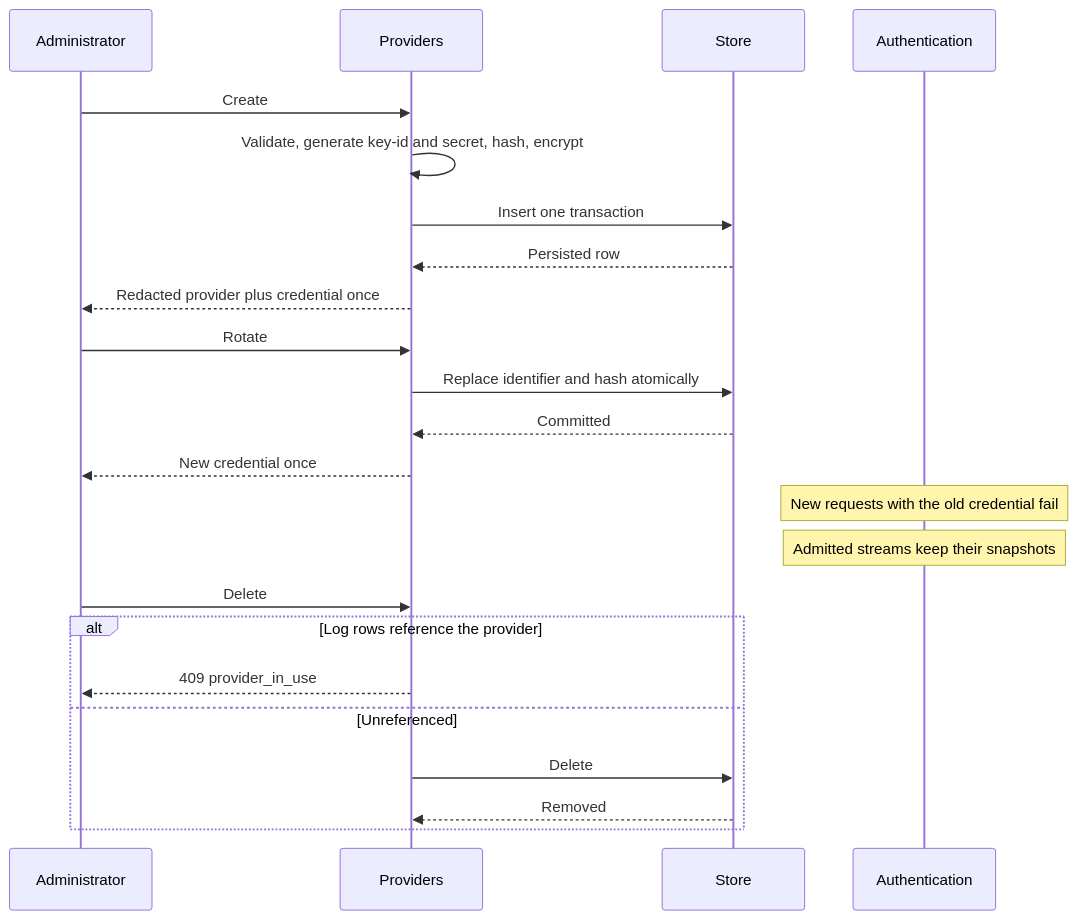
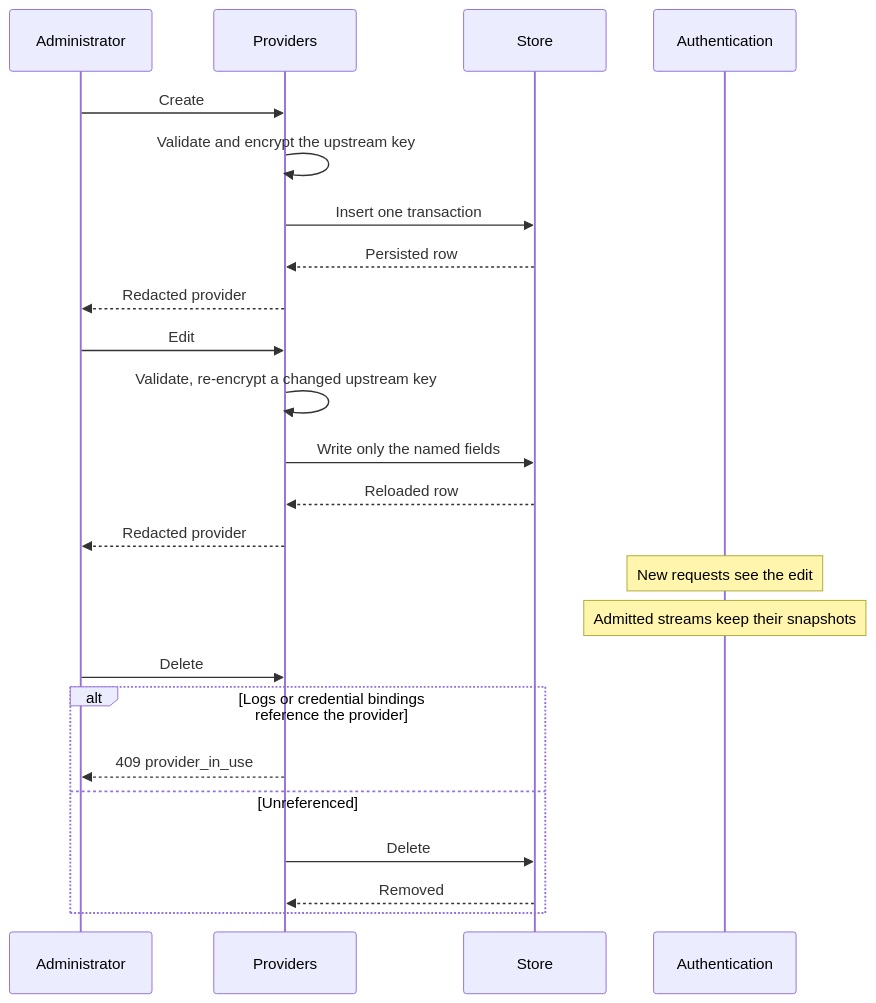
Before and after one commit to sequencestream/tokenstream: the diagram in doc/modules/providers.md, drawn with Mermaid. The commit also changed other lines of this file and 64 other files, not shown here.

````diff
--- a/doc/modules/providers.md
+++ b/doc/modules/providers.md
@@ -19,28 +19,29 @@
 ```mermaid
 sequenceDiagram
     participant Admin as Administrator
     participant P as Providers
     participant Store as Store
     participant Auth as Authentication
 
     Admin->>P: Create
-    P->>P: Validate, generate key-id and secret, hash, encrypt
+    P->>P: Validate and encrypt the upstream key
     P->>Store: Insert one transaction
     Store-->>P: Persisted row
-    P-->>Admin: Redacted provider plus credential once
+    P-->>Admin: Redacted provider
 
-    Admin->>P: Rotate
-    P->>Store: Replace identifier and hash atomically
-    Store-->>P: Committed
-    P-->>Admin: New credential once
-    Note over Auth: New requests with the old credential fail
+    Admin->>P: Edit
+    P->>P: Validate, re-encrypt a changed upstream key
+    P->>Store: Write only the named fields
+    Store-->>P: Reloaded row
+    P-->>Admin: Redacted provider
+    Note over Auth: New requests see the edit
     Note over Auth: Admitted streams keep their snapshots
 
     Admin->>P: Delete
-    alt Log rows reference the provider
+    alt Logs or credential bindings reference the provider
         P-->>Admin: 409 provider_in_use
     else Unreferenced
         P->>Store: Delete
         Store-->>P: Removed
     end
 ```
````
